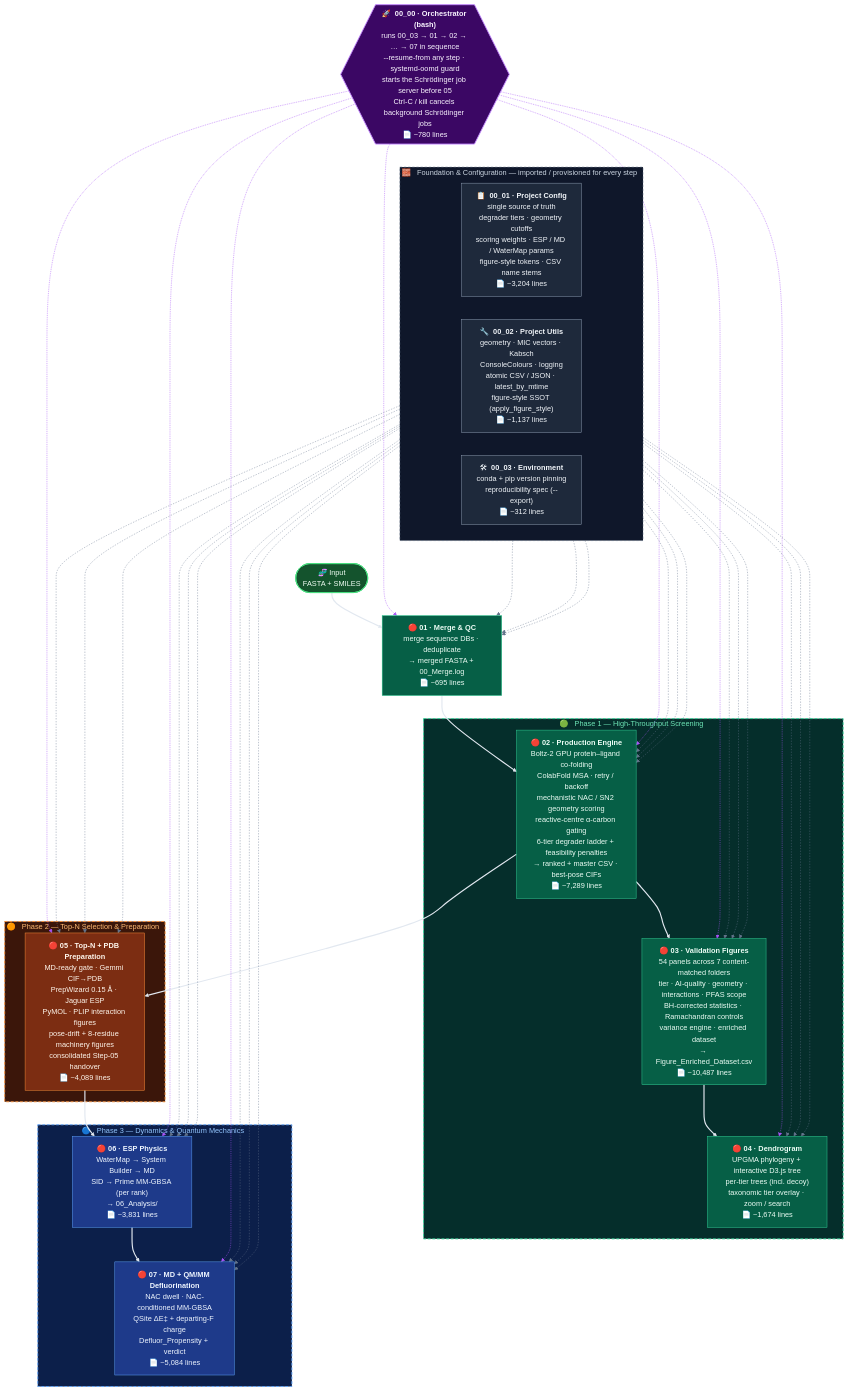
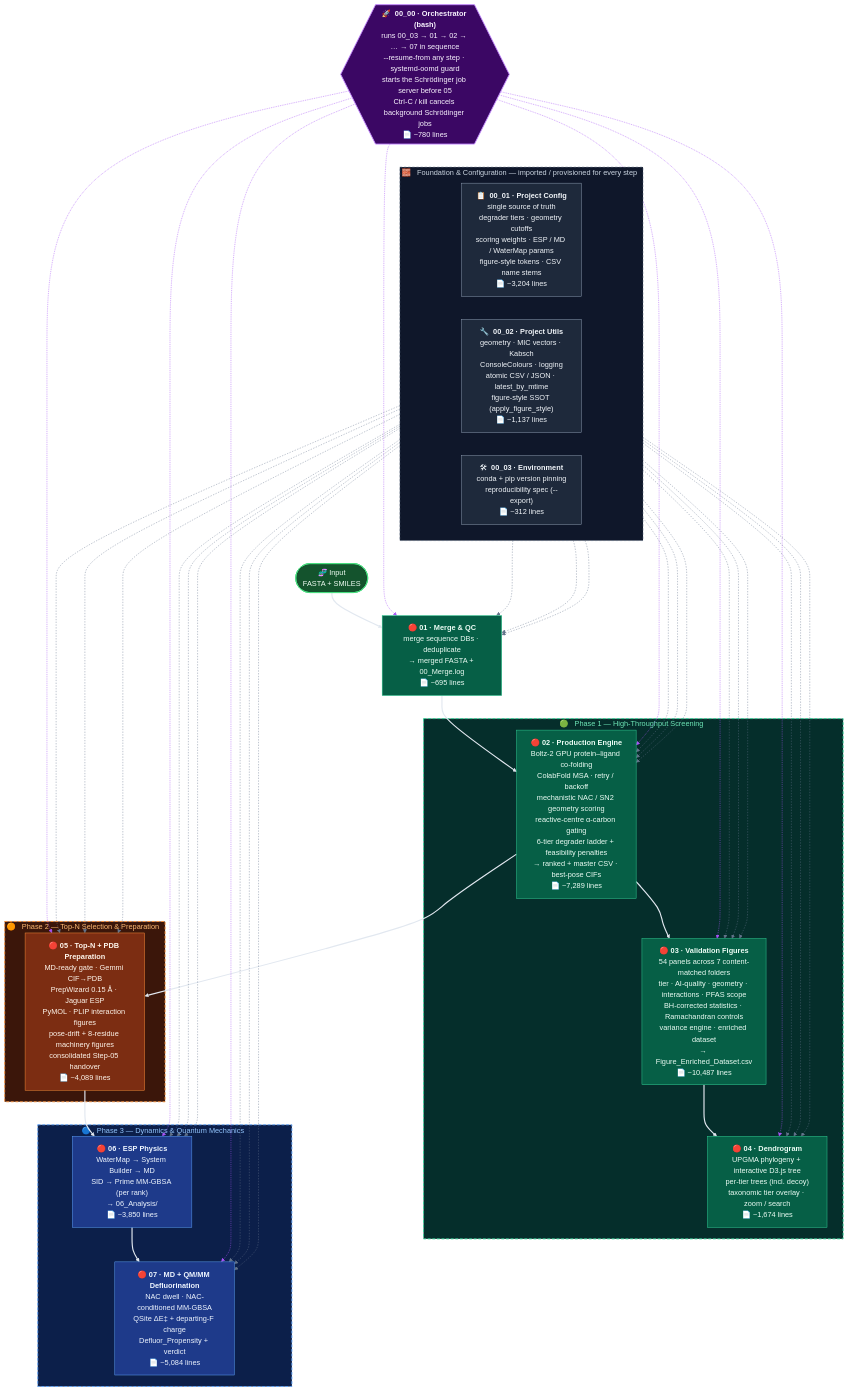
The diagram in README.md (KU-MGB/DeFluorX), drawn with Mermaid before and after one commit. The commit also changed 1 other file, not shown here.

Commit message:
fix(06): SID banner shows global rank position (Job 2/3) not per-call 1/1
The [Job index/total] counter derived index/total from the per-rank SID
work list, which the strictly-sequential driver always calls with a single
job — so every rank printed Job 1/1, discarding its position in the run.
process_jobs now accepts job_index/job_total from the driver (rank ordinal /
count of active ranks); an already-complete rank prints a positioned line too.
README Mermaid LOC refreshed to ~3,850.

````diff
--- a/README.md
+++ b/README.md
@@ -193,64 +193,64 @@
 ```mermaid
 flowchart TD
     ORCH{{"🚀 &nbsp;<b>00_00 · Orchestrator (bash)</b><br/>runs 00_03 → 01 → 02 → … → 07 in sequence<br/>--resume-from any step · systemd-oomd guard<br/>starts the Schrödinger job server before 05<br/>Ctrl-C / kill cancels background Schrödinger jobs<br/>📄 ~780 lines"}}:::orch
 
     subgraph FOUNDATION["🧱 &nbsp; Foundation &amp; Configuration — imported / provisioned for every step &nbsp;"]
         direction LR
         CFG["📋 &nbsp;<b>00_01 · Project Config</b><br/>single source of truth<br/>degrader tiers · geometry cutoffs<br/>scoring weights · ESP / MD / WaterMap params<br/>figure-style tokens · CSV name stems<br/>📄 ~3,204 lines"]:::found
         UTL["🔧 &nbsp;<b>00_02 · Project Utils</b><br/>geometry · MIC vectors · Kabsch<br/>ConsoleColours · logging<br/>atomic CSV / JSON · latest_by_mtime<br/>figure-style SSOT (apply_figure_style)<br/>📄 ~1,137 lines"]:::found
         ENV["🛠 &nbsp;<b>00_03 · Environment</b><br/>conda + pip version pinning<br/>reproducibility spec (--export)<br/>📄 ~312 lines"]:::found
     end
 
     START(["🧬 Input<br/>FASTA + SMILES"]):::io
     M1["🔴&nbsp;<b>01 · Merge &amp; QC</b><br/>merge sequence DBs · deduplicate<br/>→ merged FASTA + 00_Merge.log<br/>📄 ~695 lines"]:::hts
 
     subgraph PHASE1["🟢 &nbsp; Phase 1 — High-Throughput Screening &nbsp;"]
         M2["🔴&nbsp;<b>02 · Production Engine</b><br/>Boltz-2 GPU protein–ligand co-folding<br/>ColabFold MSA · retry / backoff<br/>mechanistic NAC / SN2 geometry scoring<br/>reactive-centre α-carbon gating<br/>6-tier degrader ladder + feasibility penalties<br/>→ ranked + master CSV · best-pose CIFs<br/>📄 ~7,289 lines"]:::hts
         M3["🔴&nbsp;<b>03 · Validation Figures</b><br/>54 panels across 7 content-matched folders<br/>tier · AI-quality · geometry · interactions · PFAS scope<br/>BH-corrected statistics · Ramachandran controls<br/>variance engine · enriched dataset<br/>→ Figure_Enriched_Dataset.csv<br/>📄 ~10,487 lines"]:::hts
         M4["🔴&nbsp;<b>04 · Dendrogram</b><br/>UPGMA phylogeny + interactive D3.js tree<br/>per-tier trees (incl. decoy)<br/>taxonomic tier overlay · zoom / search<br/>📄 ~1,674 lines"]:::hts
         M2 --> M3 --> M4
     end
 
     subgraph PHASE2["🟠 &nbsp; Phase 2 — Top-N Selection &amp; Preparation &nbsp;"]
         M5["🔴&nbsp;<b>05 · Top-N + PDB Preparation</b><br/>MD-ready gate · Gemmi CIF→PDB<br/>PrepWizard 0.15 Å · Jaguar ESP<br/>PyMOL · PLIP interaction figures<br/>pose-drift + 8-residue machinery figures<br/>consolidated Step-05 handover<br/>📄 ~4,089 lines"]:::prep
     end
 
     subgraph PHASE3["🔵 &nbsp; Phase 3 — Dynamics &amp; Quantum Mechanics &nbsp;"]
-        M6["🔴&nbsp;<b>06 · ESP Physics</b><br/>WaterMap → System Builder → MD<br/>SID → Prime MM-GBSA (per rank)<br/>→ 06_Analysis/<br/>📄 ~3,831 lines"]:::dyn
+        M6["🔴&nbsp;<b>06 · ESP Physics</b><br/>WaterMap → System Builder → MD<br/>SID → Prime MM-GBSA (per rank)<br/>→ 06_Analysis/<br/>📄 ~3,850 lines"]:::dyn
         M7["🔴&nbsp;<b>07 · MD + QM/MM Defluorination</b><br/>NAC dwell · NAC-conditioned MM-GBSA<br/>QSite ΔE‡ + departing-F charge<br/>Defluor_Propensity + verdict<br/>📄 ~5,084 lines"]:::dyn
         M6 --> M7
     end
 
     %% keep orchestrator above foundation above the steps
     ORCH ~~~ FOUNDATION
     FOUNDATION ~~~ START
 
     %% data flow (solid white)
     START --> M1 --> M2
     M2 --> M5 --> M6
 
     %% orchestrator runs each step (fan, routed to the sides)
     ORCH -.-> M1 & M2 & M3 & M4 & M5 & M6 & M7
 
     %% foundation: one fan from each of config / utils / env to every step
     CFG -.-> M1 & M2 & M3 & M4 & M5 & M6 & M7
     UTL -.-> M1 & M2 & M3 & M4 & M5 & M6 & M7
     ENV -.-> M1 & M2 & M3 & M4 & M5 & M6 & M7
 
     classDef io    fill:#14532d,stroke:#4ade80,color:#f0fdf4,stroke-width:2px
     classDef orch  fill:#3b0764,stroke:#c084fc,color:#faf5ff,stroke-width:2px
     classDef found fill:#1e293b,stroke:#94a3b8,color:#f1f5f9
     classDef hts   fill:#065f46,stroke:#34d399,color:#ecfdf5
     classDef prep  fill:#7c2d12,stroke:#fb923c,color:#fff7ed
     classDef dyn   fill:#1e3a8a,stroke:#60a5fa,color:#eff6ff
 
     style FOUNDATION fill:#0f172a,stroke:#64748b,color:#cbd5e1,stroke-width:1px,stroke-dasharray:5 4
     style PHASE1 fill:#052e2b,stroke:#34d399,color:#6ee7b7,stroke-width:2px,stroke-dasharray:6 4
     style PHASE2 fill:#3b160a,stroke:#fb923c,color:#fdba74,stroke-width:2px,stroke-dasharray:6 4
     style PHASE3 fill:#0c1f4a,stroke:#60a5fa,color:#93c5fd,stroke-width:2px,stroke-dasharray:6 4
 
     linkStyle 0,1,2,5,6,7,8 stroke:#e2e8f0,stroke-width:2.5px
     linkStyle 3,4 stroke-width:0px,stroke:none
     linkStyle 9,10,11,12,13,14,15 stroke:#a855f7,stroke-width:1.1px
     linkStyle 16,17,18,19,20,21,22,23,24,25,26,27,28,29,30,31,32,33,34,35,36 stroke:#64748b,stroke-width:0.9px,stroke-dasharray:3 3
 ```
````
